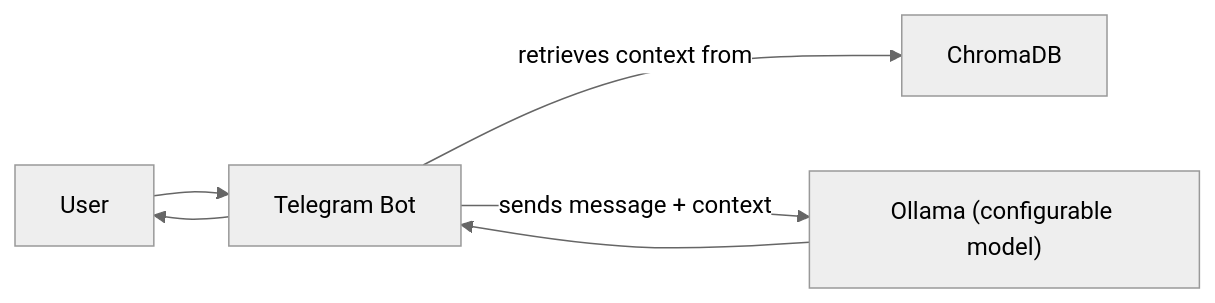
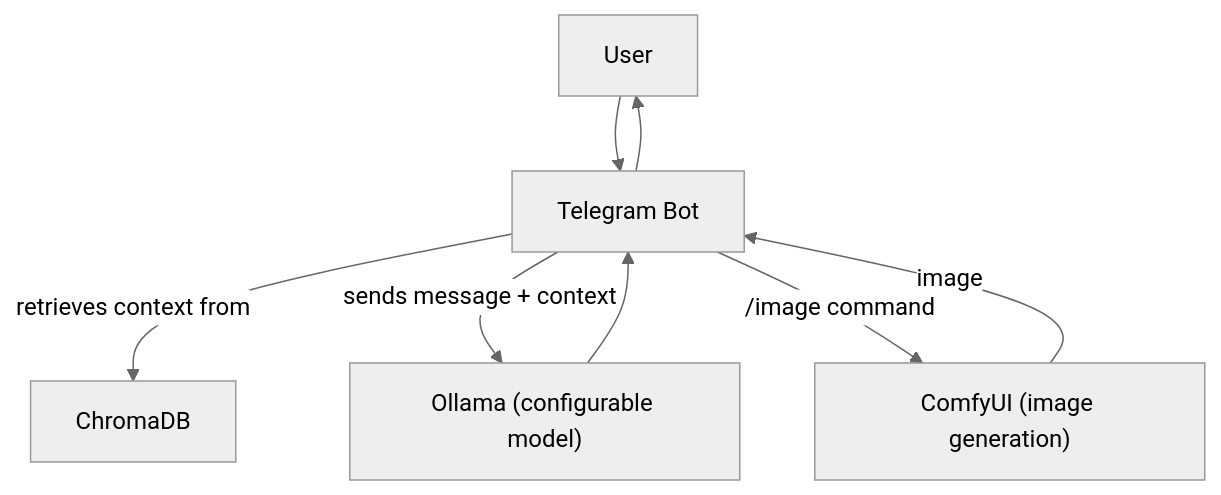
The diagram in README.md (adnjoo/PrivateGPT), drawn with Mermaid (neutral theme) before and after one commit. The commit also changed other lines of this file, not shown here.

````diff
--- a/README.md
+++ b/README.md
@@ -28,8 +49,10 @@
 ```mermaid
-flowchart LR
+flowchart TD
     User["User"] --> Bot["Telegram Bot"]
     Bot -- "retrieves context from" --> ChromaDB["ChromaDB"]
     Bot -- "sends message + context" --> Ollama["Ollama (configurable model)"]
+    Bot -- "/image command" --> ComfyUI["ComfyUI (image generation)"]
+    ComfyUI -- "image" --> Bot
     Ollama --> Bot
     Bot --> User
 ```
````
